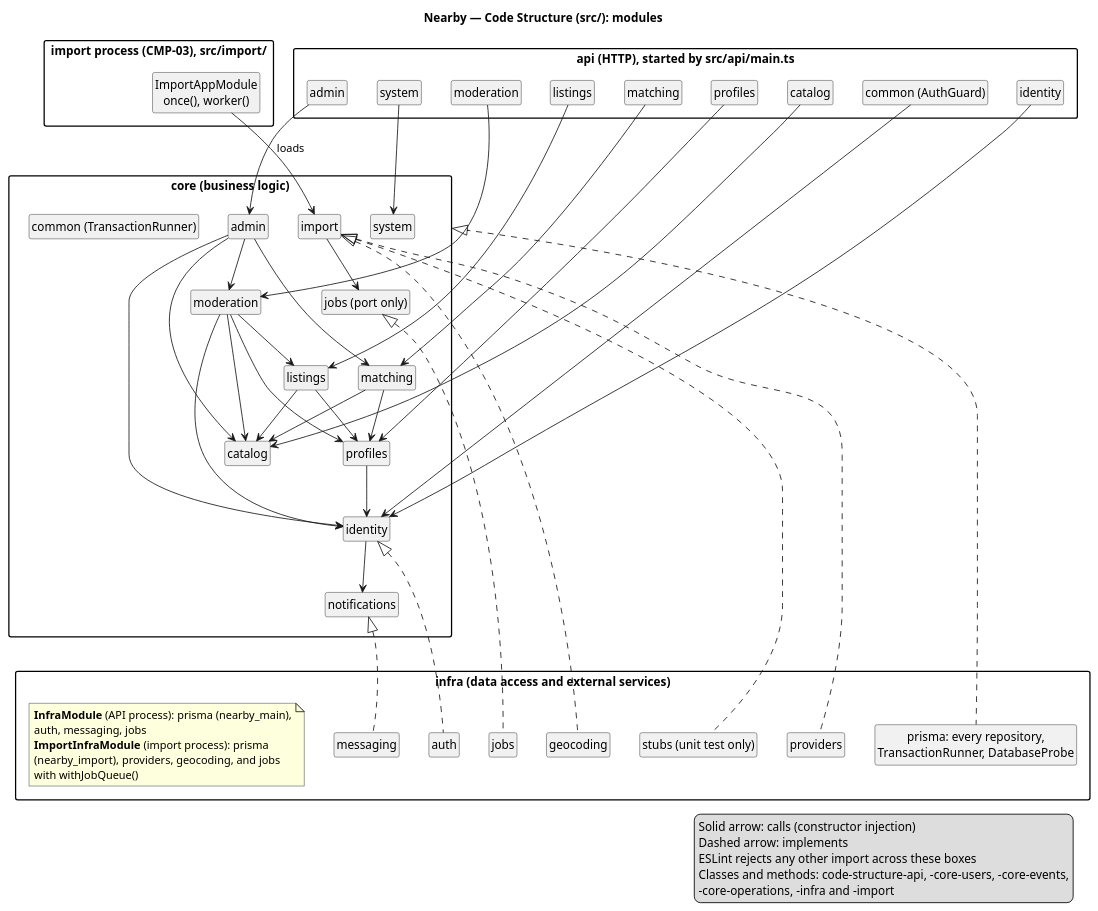
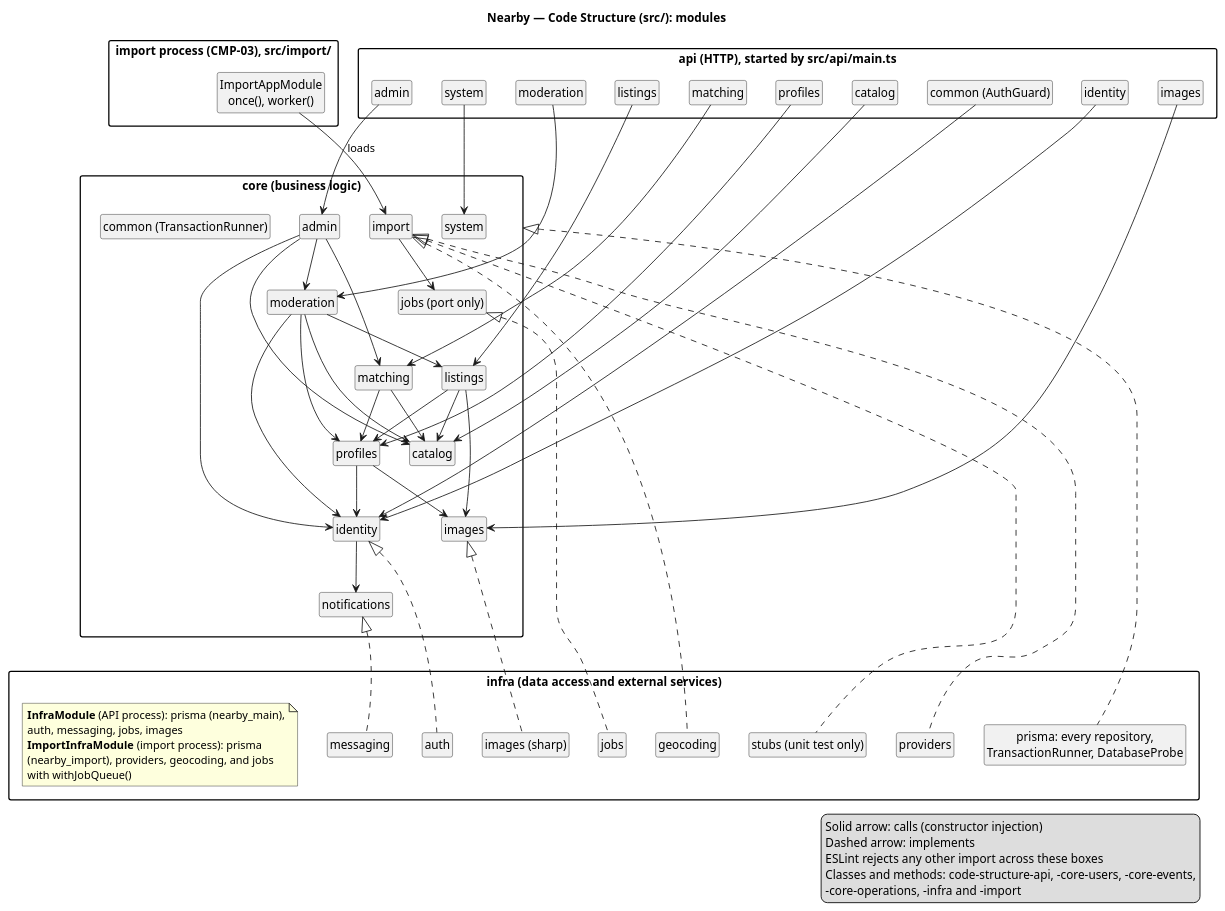
Before and after one commit to ukma-fin-ssdm-2026/pun-intended-team: the diagram in docs/architecture/uml/code-structure.puml, drawn with PlantUML. The commit also changed 20 other files, not shown here.

```diff
--- a/docs/architecture/uml/code-structure.puml
+++ b/docs/architecture/uml/code-structure.puml
@@ -1,113 +1,120 @@
 @startuml code-structure
 /'
   AI Usage Note
   Drafted with Claude from the code in src/.
 '/
 title Nearby — Code Structure (src/): modules
 
 skinparam shadowing false
 skinparam packageStyle rectangle
 skinparam classAttributeIconSize 0
 hide empty members
 hide circle
 
 package "api (HTTP), started by src/api/main.ts" as API {
   class "common (AuthGuard)" as A_COMMON
   class "identity" as A_ID
   class "profiles" as A_PR
   class "catalog" as A_CA
   class "listings" as A_LI
+  class "images" as A_IMG
   class "matching" as A_MA
   class "moderation" as A_MO
   class "admin" as A_AD
   class "system" as A_SY
 }
 
 package "core (business logic)" as CORE {
   class "admin" as C_AD
   class "moderation" as C_MO
   class "matching" as C_MA
   class "listings" as C_LI
   class "profiles" as C_PR
   class "catalog" as C_CA
   class "identity" as C_ID
   class "notifications" as C_NO
+  class "images" as C_IMG
   class "system" as C_SY
   class "import" as C_IM
   class "jobs (port only)" as C_JO
   class "common (TransactionRunner)" as C_COMMON
 }
 
 package "infra (data access and external services)" as INFRA {
   class "prisma: every repository,\nTransactionRunner, DatabaseProbe" as I_PRISMA
   class "auth" as I_AUTH
   class "messaging" as I_MSG
   class "jobs" as I_JOBS
   class "providers" as I_PROV
   class "geocoding" as I_GEO
+  class "images (sharp)" as I_IMG
   class "stubs (unit test only)" as I_STUBS
   note as BINDINGS
     **InfraModule** (API process): prisma (nearby_main),
-    auth, messaging, jobs
+    auth, messaging, jobs, images
     **ImportInfraModule** (import process): prisma
     (nearby_import), providers, geocoding, and jobs
     with withJobQueue()
   end note
 }
 
 package "import process (CMP-03), src/import/" as PROC {
   class "ImportAppModule\nonce(), worker()" as IMPORT_APP
 }
 
 ' api modules call their core module
 A_COMMON --> C_ID
 A_ID --> C_ID
 A_PR --> C_PR
 A_CA --> C_CA
 A_LI --> C_LI
+A_IMG --> C_IMG
 A_MA --> C_MA
 A_MO --> C_MO
 A_AD --> C_AD
 A_SY --> C_SY
 
 ' the import process loads only the import module
 IMPORT_APP --> C_IM : loads
 
 ' core modules call each other's exported services
 C_AD --> C_MO
 C_AD --> C_MA
 C_AD --> C_CA
 C_AD --> C_ID
 C_MO --> C_LI
 C_MO --> C_PR
 C_MO --> C_CA
 C_MO --> C_ID
 C_MA --> C_CA
 C_MA --> C_PR
 C_LI --> C_CA
 C_LI --> C_PR
 C_PR --> C_ID
+C_PR --> C_IMG
+C_LI --> C_IMG
 C_ID --> C_NO
 C_IM --> C_JO
 
 ' keep infra under core
 C_NO -[hidden]-> I_MSG
 
 ' infra implements the ports of core
 CORE <|.. I_PRISMA
 C_ID <|.. I_AUTH
 C_NO <|.. I_MSG
+C_IMG <|.. I_IMG
 C_JO <|.. I_JOBS
 C_IM <|.. I_PROV
 C_IM <|.. I_GEO
 C_IM <|.. I_STUBS
 
 legend right
   Solid arrow: calls (constructor injection)
   Dashed arrow: implements
   ESLint rejects any other import across these boxes
   Classes and methods: code-structure-api, -core-users, -core-events,
   -core-operations, -infra and -import
 endlegend
 
 @enduml
```
